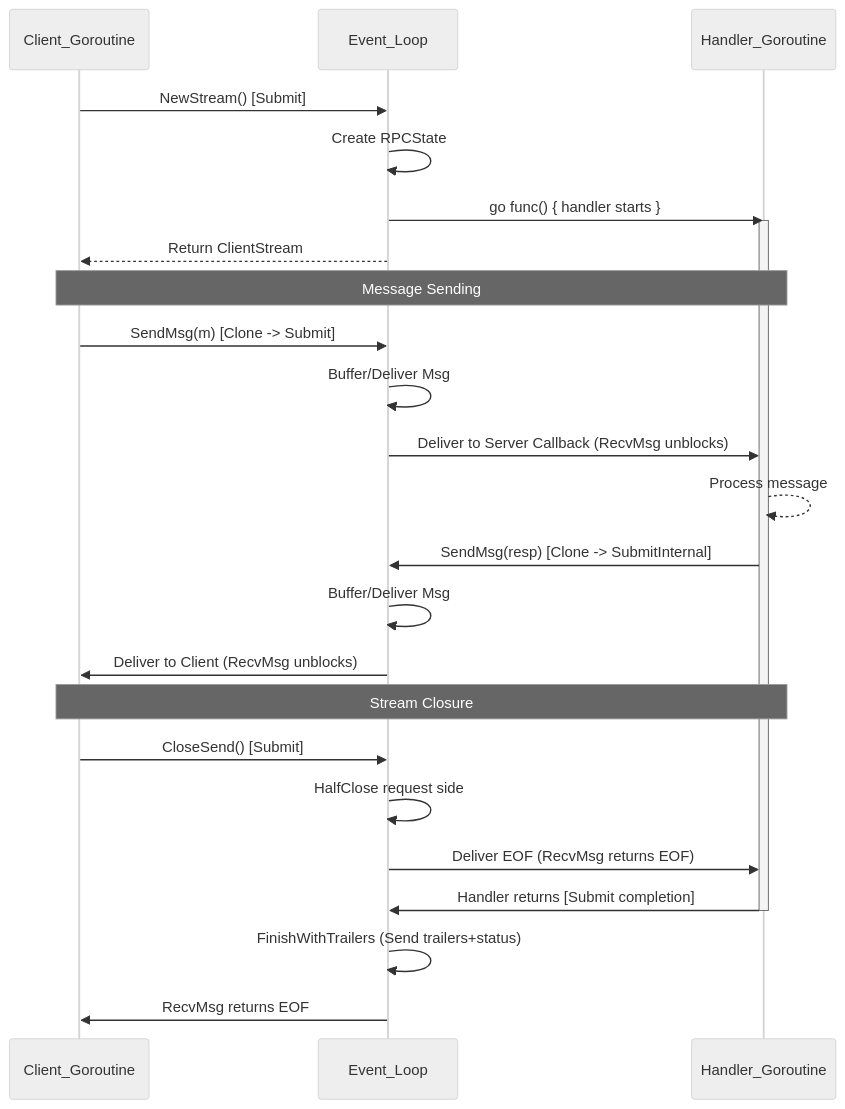
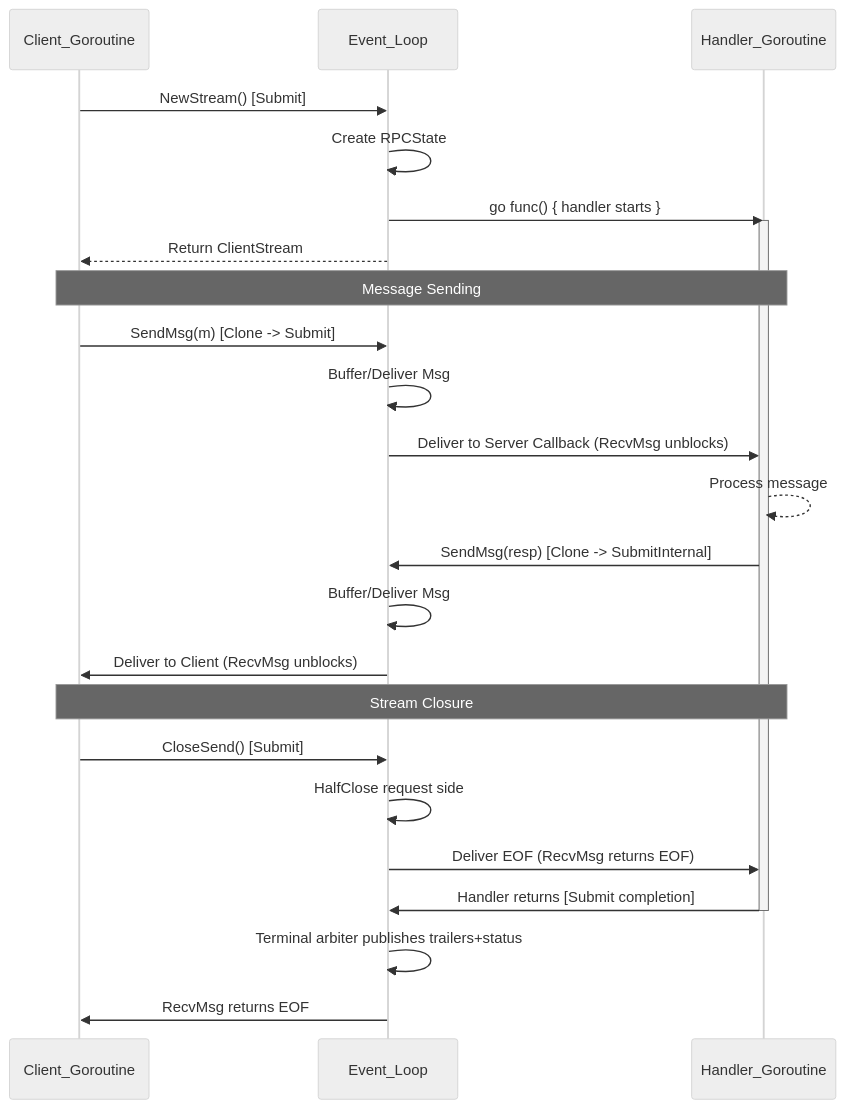
One commit to joeycumines/go-utilpkg changed the third of 3 diagrams in inprocgrpc/docs/design.md. Above: the diagram before and after it, drawn with Mermaid (neutral theme). The commit also changed other lines of this file and 3395 other files, not shown here.

````diff
--- a/inprocgrpc/docs/design.md
+++ b/inprocgrpc/docs/design.md
@@ -125,28 +157,28 @@
 ```mermaid
 sequenceDiagram
     participant Client as Client_Goroutine
     participant EventLoop as Event_Loop
     participant Handler as Handler_Goroutine
     Client ->> EventLoop: NewStream() [Submit]
     EventLoop ->> EventLoop: Create RPCState
     EventLoop ->> Handler: go func() { handler starts }
     activate Handler
     EventLoop -->> Client: Return ClientStream
     Note over Client, Handler: Message Sending
     Client ->> EventLoop: SendMsg(m) [Clone -> Submit]
     EventLoop ->> EventLoop: Buffer/Deliver Msg
     EventLoop ->> Handler: Deliver to Server Callback (RecvMsg unblocks)
     Handler -->> Handler: Process message
     Handler ->> EventLoop: SendMsg(resp) [Clone -> SubmitInternal]
     EventLoop ->> EventLoop: Buffer/Deliver Msg
     EventLoop ->> Client: Deliver to Client (RecvMsg unblocks)
     Note over Client, Handler: Stream Closure
     Client ->> EventLoop: CloseSend() [Submit]
     EventLoop ->> EventLoop: HalfClose request side
     EventLoop ->> Handler: Deliver EOF (RecvMsg returns EOF)
     Handler ->> EventLoop: Handler returns [Submit completion]
     deactivate Handler
-    EventLoop ->> EventLoop: FinishWithTrailers (Send trailers+status)
+    EventLoop ->> EventLoop: Terminal arbiter publishes trailers+status
     EventLoop ->> Client: RecvMsg returns EOF
 
 ```
````
